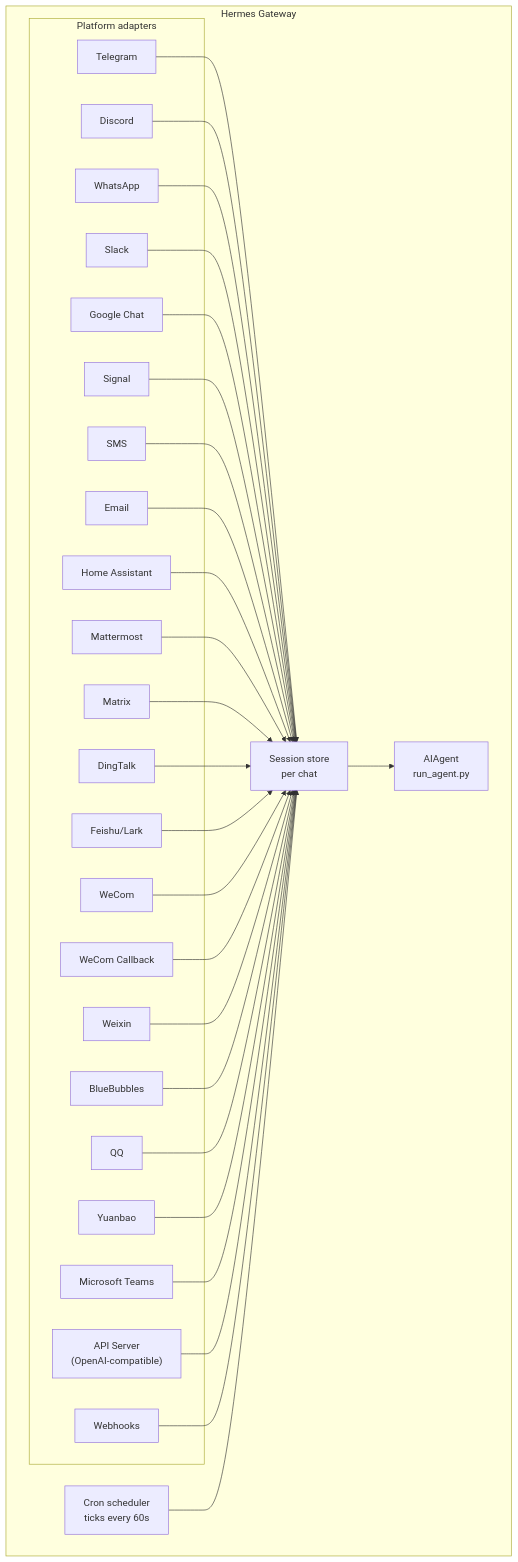
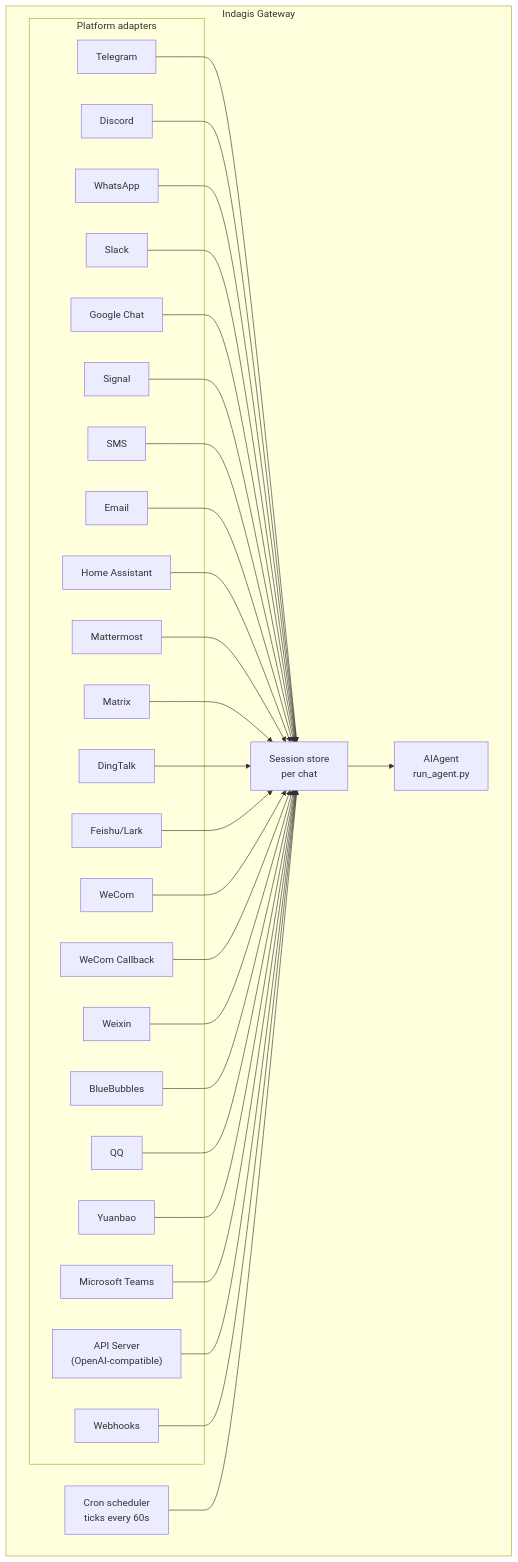
One commit to agtktID/indagis-agent changed the diagram in website/docs/user-guide/messaging/index.md. Above: the diagram before and after it, drawn with Mermaid. The commit also changed other lines of this file and 553 other files, not shown here.

First line of the commit message:
docs: rebrand Hermes Agent -> Indagis Agent prose in website docs and skills (#33)

````diff
--- a/website/docs/user-guide/messaging/index.md
+++ b/website/docs/user-guide/messaging/index.md
@@ -55,58 +55,58 @@
 ```mermaid
 flowchart TB
-    subgraph Gateway["Hermes Gateway"]
+    subgraph Gateway["Indagis Gateway"]
         subgraph Adapters["Platform adapters"]
             tg[Telegram]
             dc[Discord]
             wa[WhatsApp]
             sl[Slack]
             gc[Google Chat]
             sig[Signal]
             sms[SMS]
             em[Email]
             ha[Home Assistant]
             mm[Mattermost]
             mx[Matrix]
             dt[DingTalk]
     fs[Feishu/Lark]
     wc[WeCom]
     wcb[WeCom Callback]
     wx[Weixin]
     bb[BlueBubbles]
     qq[QQ]
     yb[Yuanbao]
     ms[Microsoft Teams]
     api["API Server<br/>(OpenAI-compatible)"]
     wh[Webhooks]
         end
 
         store["Session store<br/>per chat"]
         agent["AIAgent<br/>run_agent.py"]
         cron["Cron scheduler<br/>ticks every 60s"]
     end
 
     tg --> store
     dc --> store
     wa --> store
     sl --> store
     gc --> store
     sig --> store
     sms --> store
     em --> store
     ha --> store
     mm --> store
     mx --> store
     dt --> store
     fs --> store
     wc --> store
     wcb --> store
     wx --> store
     bb --> store
     qq --> store
     yb --> store
     ms --> store
     api --> store
     wh --> store
     store --> agent
     cron --> store
 ```
````
